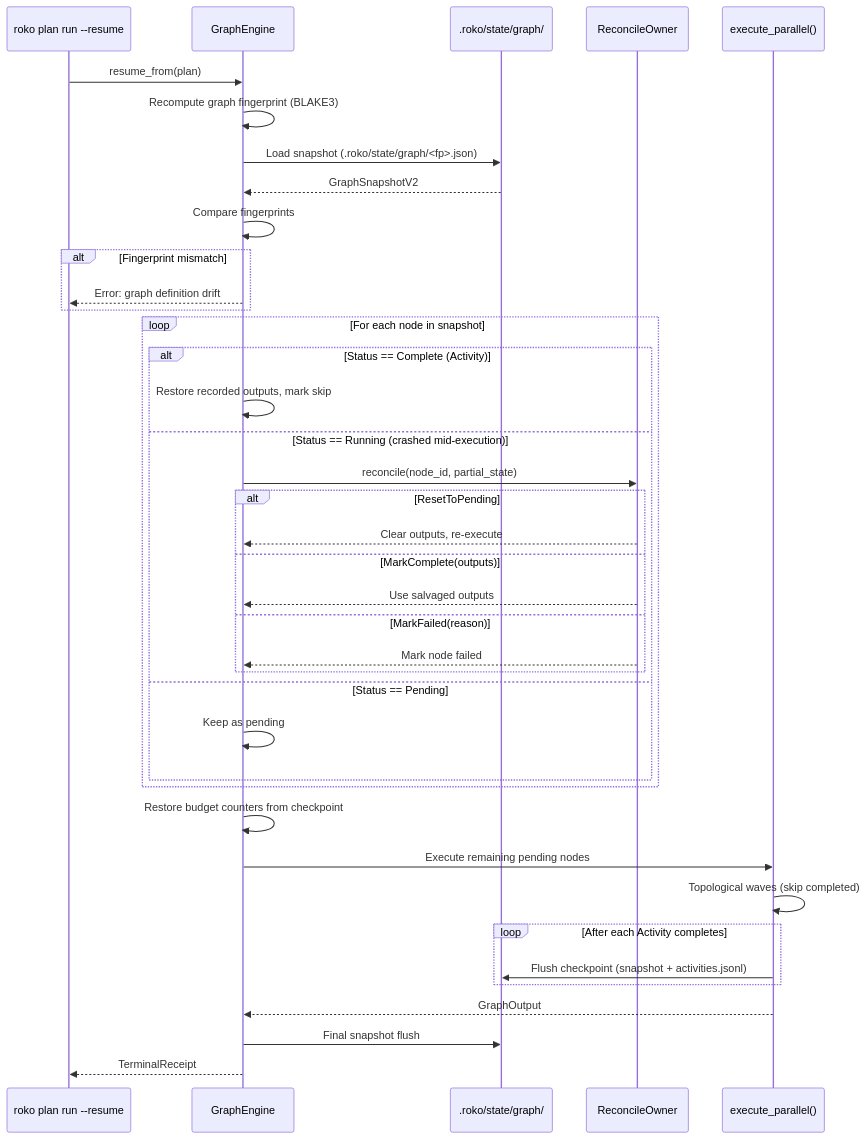
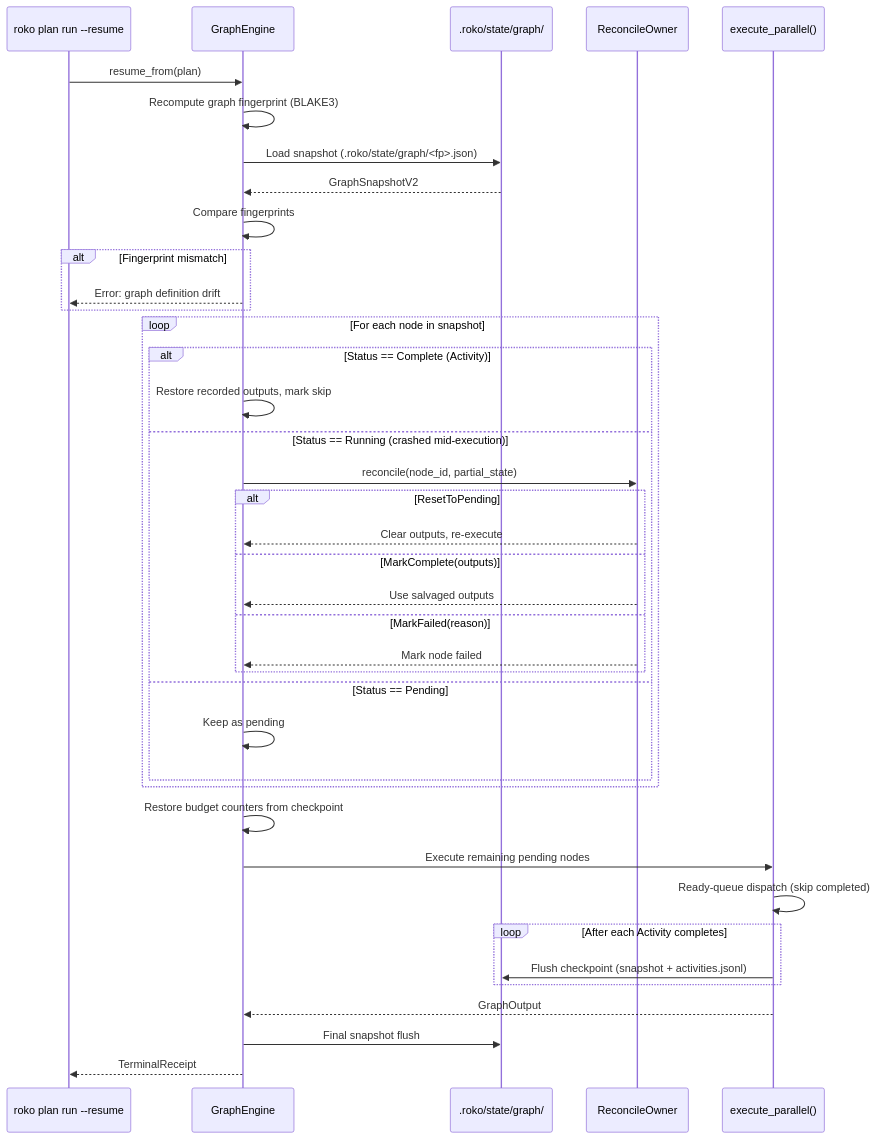
Before and after one commit to wpank/roko: the fifth of 6 diagrams in docs/v3/03-GRAPH.md, drawn with Mermaid. The commit also changed other lines of this file and 3 other files, not shown here.

First line of the commit message:
docs(v3): the Graph engine starts each node when its dependencies settle

````diff
--- a/docs/v3/03-GRAPH.md
+++ b/docs/v3/03-GRAPH.md
@@ -614,47 +615,47 @@
 ```mermaid
 sequenceDiagram
     participant CLI as roko plan run --resume
     participant Engine as GraphEngine
     participant Disk as .roko/state/graph/
     participant Recon as ReconcileOwner
     participant Exec as execute_parallel()
 
     CLI->>Engine: resume_from(plan)
     Engine->>Engine: Recompute graph fingerprint (BLAKE3)
     Engine->>Disk: Load snapshot (.roko/state/graph/<fp>.json)
     Disk-->>Engine: GraphSnapshotV2
 
     Engine->>Engine: Compare fingerprints
     alt Fingerprint mismatch
         Engine-->>CLI: Error: graph definition drift
     end
 
     loop For each node in snapshot
         alt Status == Complete (Activity)
             Engine->>Engine: Restore recorded outputs, mark skip
         else Status == Running (crashed mid-execution)
             Engine->>Recon: reconcile(node_id, partial_state)
             alt ResetToPending
                 Recon-->>Engine: Clear outputs, re-execute
             else MarkComplete(outputs)
                 Recon-->>Engine: Use salvaged outputs
             else MarkFailed(reason)
                 Recon-->>Engine: Mark node failed
             end
         else Status == Pending
             Engine->>Engine: Keep as pending
         end
     end
 
     Engine->>Engine: Restore budget counters from checkpoint
     Engine->>Exec: Execute remaining pending nodes
-    Exec->>Exec: Topological waves (skip completed)
+    Exec->>Exec: Ready-queue dispatch (skip completed)
 
     loop After each Activity completes
         Exec->>Disk: Flush checkpoint (snapshot + activities.jsonl)
     end
 
     Exec-->>Engine: GraphOutput
     Engine->>Disk: Final snapshot flush
     Engine-->>CLI: TerminalReceipt
 ```
````
